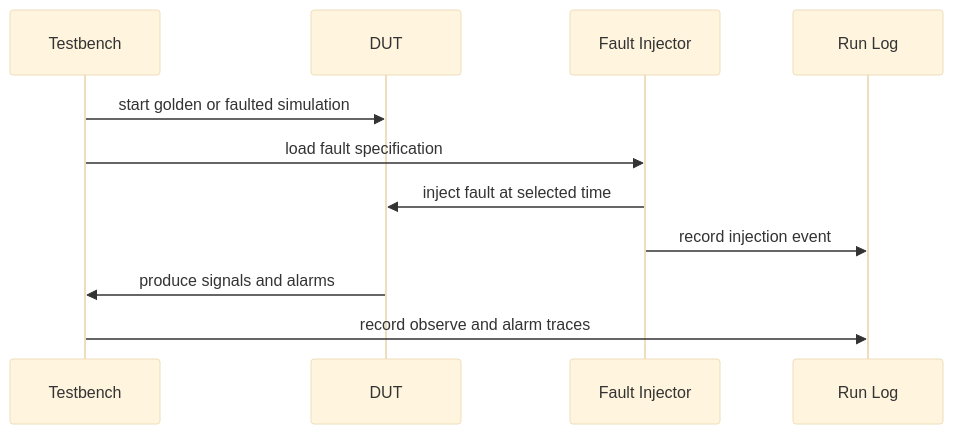
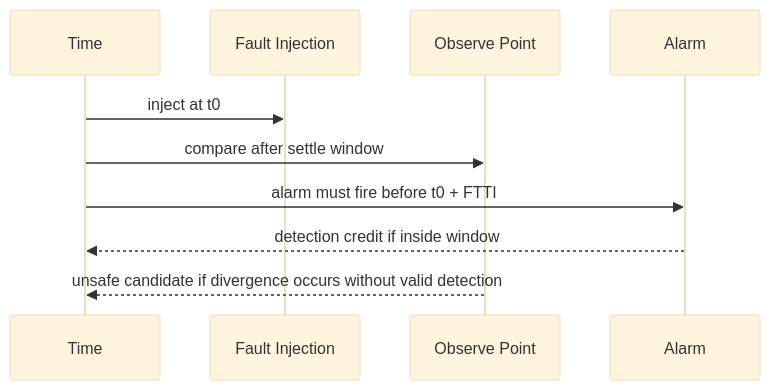
The fourth of 8 diagrams in articles/10_automotive_safeic_practice_d10_github_en_fault_campaign_execution.md (qiqixixi1001/automotive-safeic-practice), drawn with Mermaid (base theme) before and after one commit. The commit also changed other lines of this file, not shown here.

````diff
--- a/articles/10_automotive_safeic_practice_d10_github_en_fault_campaign_execution.md
+++ b/articles/10_automotive_safeic_practice_d10_github_en_fault_campaign_execution.md
@@ -189,14 +365,12 @@
 ```mermaid
 sequenceDiagram
-    participant TB as Testbench
-    participant DUT as DUT
-    participant FI as Fault Injector
-    participant LOG as Run Log
-
-    TB->>DUT: start golden or faulted simulation
-    TB->>FI: load fault specification
-    FI->>DUT: inject fault at selected time
-    FI->>LOG: record injection event
-    DUT->>TB: produce signals and alarms
-    TB->>LOG: record observe and alarm traces
+    participant T as Time
+    participant F as Fault Injection
+    participant O as Observe Point
+    participant A as Alarm
+    T->>F: inject at t0
+    T->>O: compare after settle window
+    T->>A: alarm must fire before t0 + FTTI
+    A-->>T: detection credit if inside window
+    O-->>T: unsafe candidate if divergence occurs without valid detection
 ```
````
